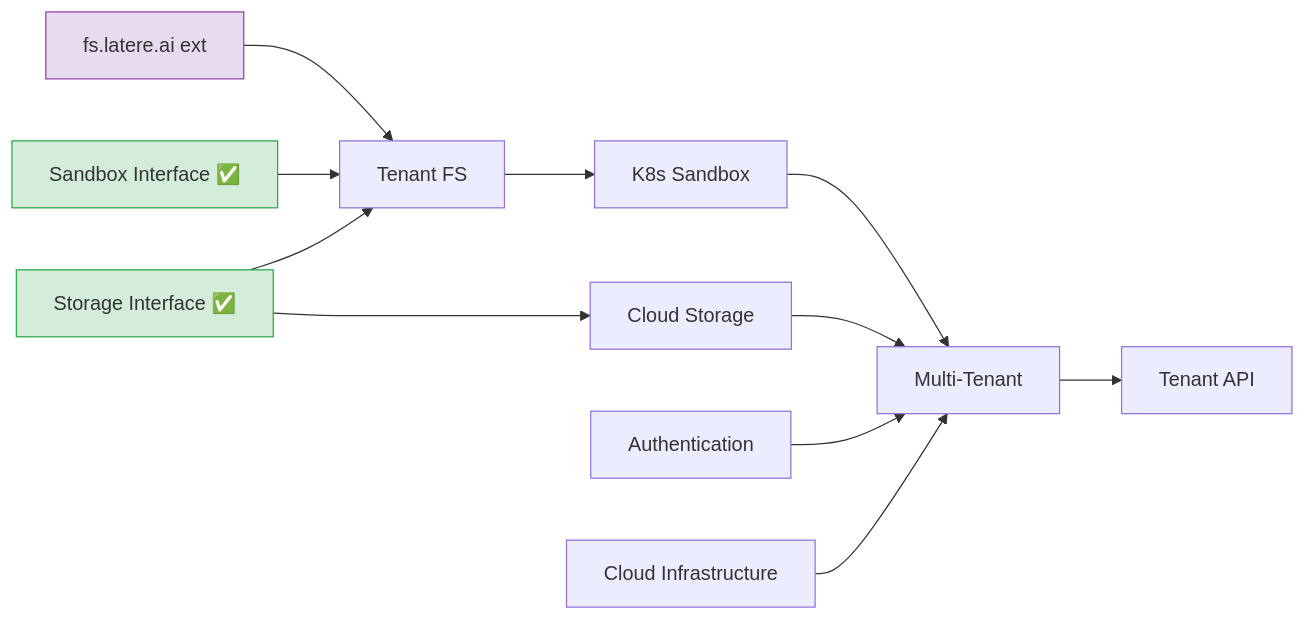
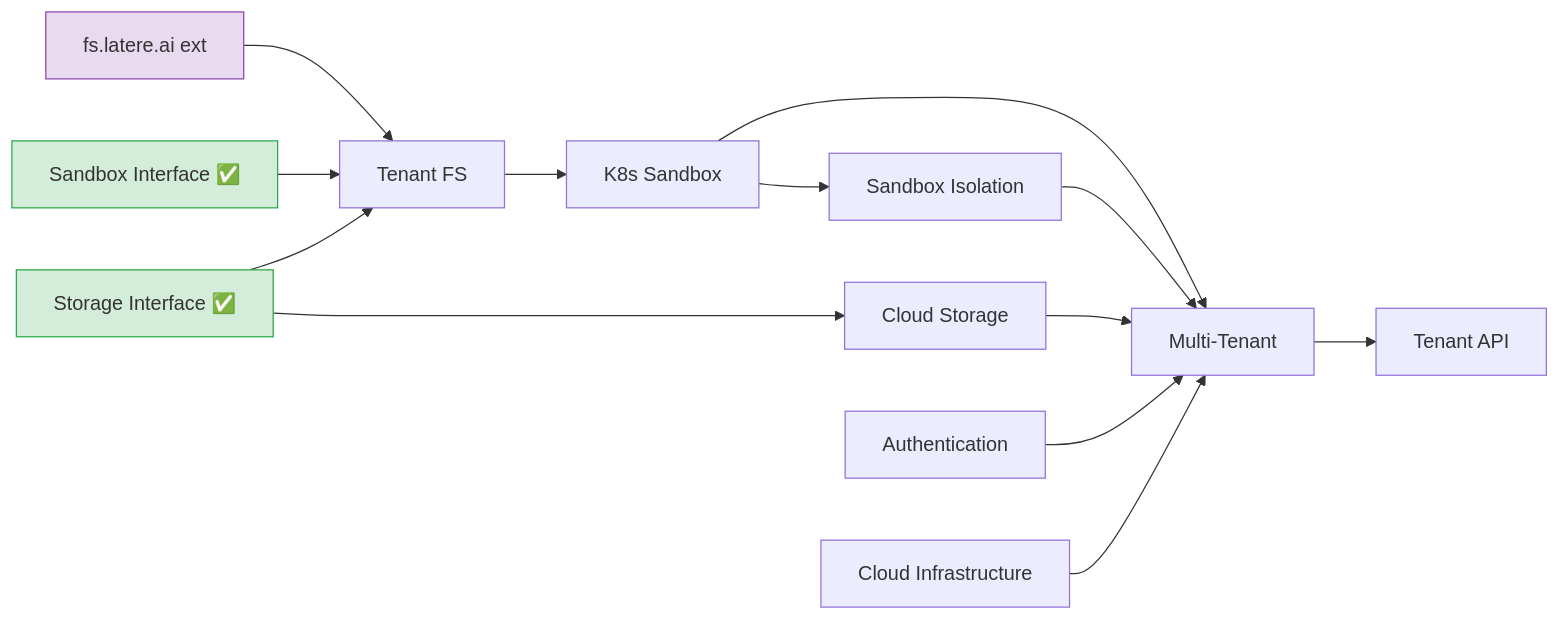
Before and after one commit to changkun/wallfacer: the second of 3 diagrams in specs/README.md, drawn with Mermaid. The commit also changed other lines of this file and 3 other files, not shown here.

````diff
--- a/specs/README.md
+++ b/specs/README.md
@@ -146,17 +147,19 @@
 ```mermaid
 graph LR
   FS[fs.latere.ai ext] --> TFS[Tenant FS]
   SBI[Sandbox Interface ✅] --> TFS
   STI[Storage Interface ✅] --> TFS
   TFS --> K8S[K8s Sandbox]
   STI --> CS[Cloud Storage]
+  K8S --> ISO[Sandbox Isolation]
   K8S --> MT[Multi-Tenant]
+  ISO --> MT
   CS --> MT
   AUTH[Authentication] --> MT
   CI[Cloud Infrastructure] --> MT
   MT --> TA[Tenant API]
 
   style SBI fill:#d4edda,stroke:#28a745
   style STI fill:#d4edda,stroke:#28a745
   style FS fill:#e8daef,stroke:#8e44ad
 ```
````
